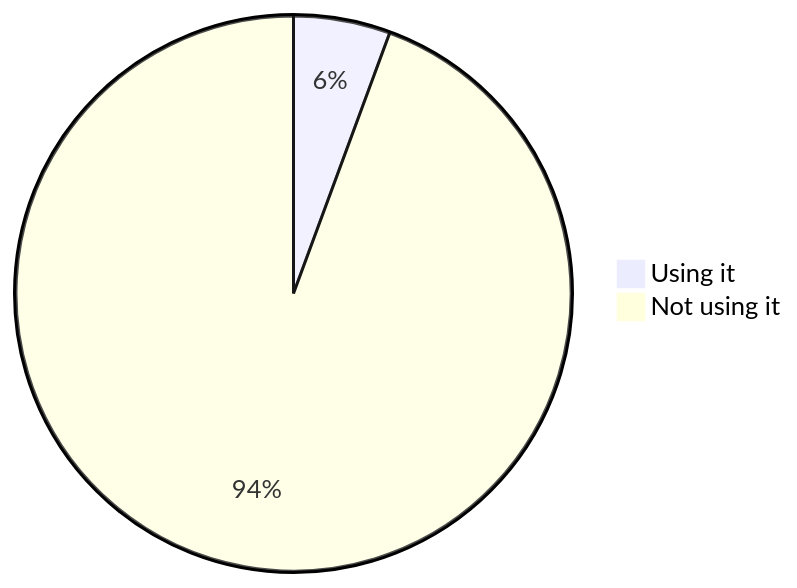
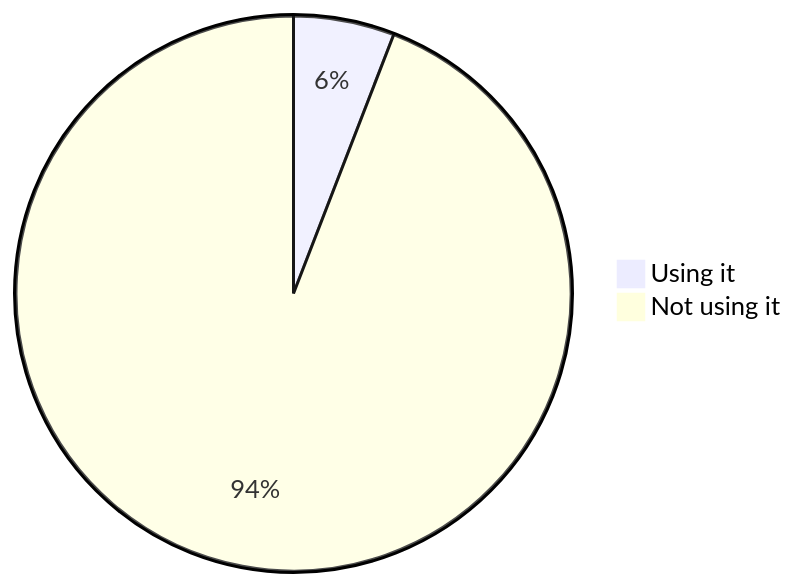
One commit to oshp/oshp-stats changed diagram 11 of 22 in stats.md. Above: the diagram before and after it, drawn with Mermaid. The commit also changed other lines of this file, not shown here.

````diff
--- a/stats.md
+++ b/stats.md
@@ -130,6 +130,6 @@
 ```mermaid
 pie
-	"Using it" : 5.63
-	"Not using it" : 94.37
+	"Using it" : 5.88
+	"Not using it" : 94.12
 
 ```
````
